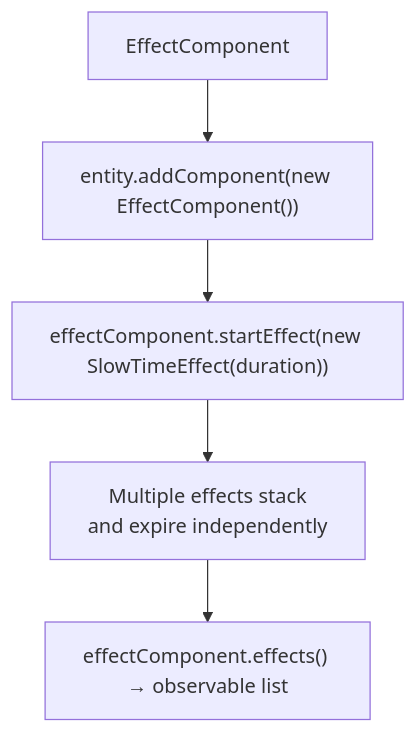
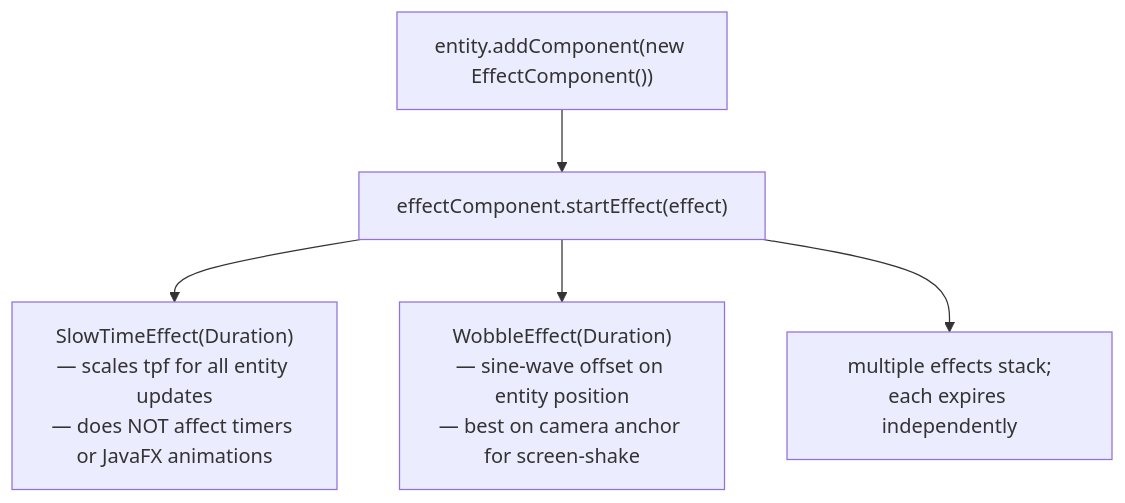
The ninth of 11 diagrams in docs/uc-particles-effects.md (JohannesRabauer/fxgl-skills), drawn with Mermaid before and after one commit. The commit also changed other lines of this file and 2 other files, not shown here.

````diff
--- a/docs/uc-particles-effects.md
+++ b/docs/uc-particles-effects.md
@@ -52,7 +113,7 @@
 ```mermaid
 flowchart TD
-    EC["EffectComponent"] --> Add5["entity.addComponent(new EffectComponent())"]
-    Add5 --> Apply["effectComponent.startEffect(new SlowTimeEffect(duration))"]
-    Apply --> Stack2["Multiple effects stack\nand expire independently"]
-    Stack2 --> List2["effectComponent.effects() → observable list"]
+    EC["entity.addComponent(new EffectComponent())"] --> Start["effectComponent.startEffect(effect)"]
+    Start --> ST["SlowTimeEffect(Duration)\n— scales tpf for all entity updates\n— does NOT affect timers or JavaFX animations"]
+    Start --> WE["WobbleEffect(Duration)\n— sine-wave offset on entity position\n— best on camera anchor for screen-shake"]
+    Start --> Stack["multiple effects stack;\neach expires independently"]
 ```
````
